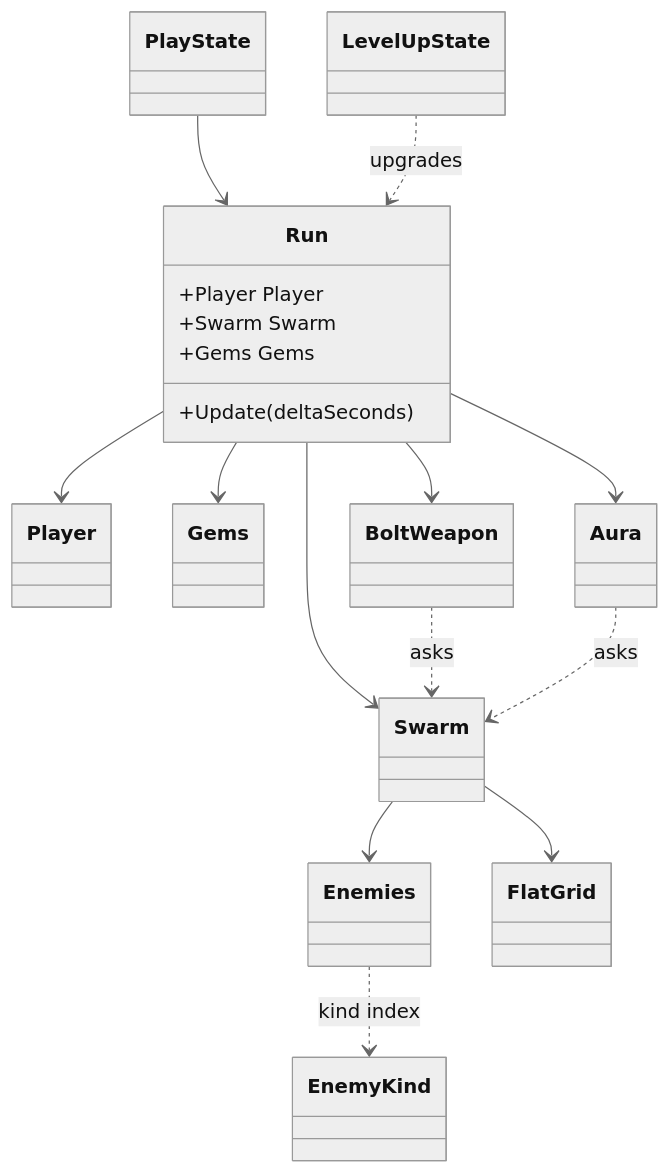
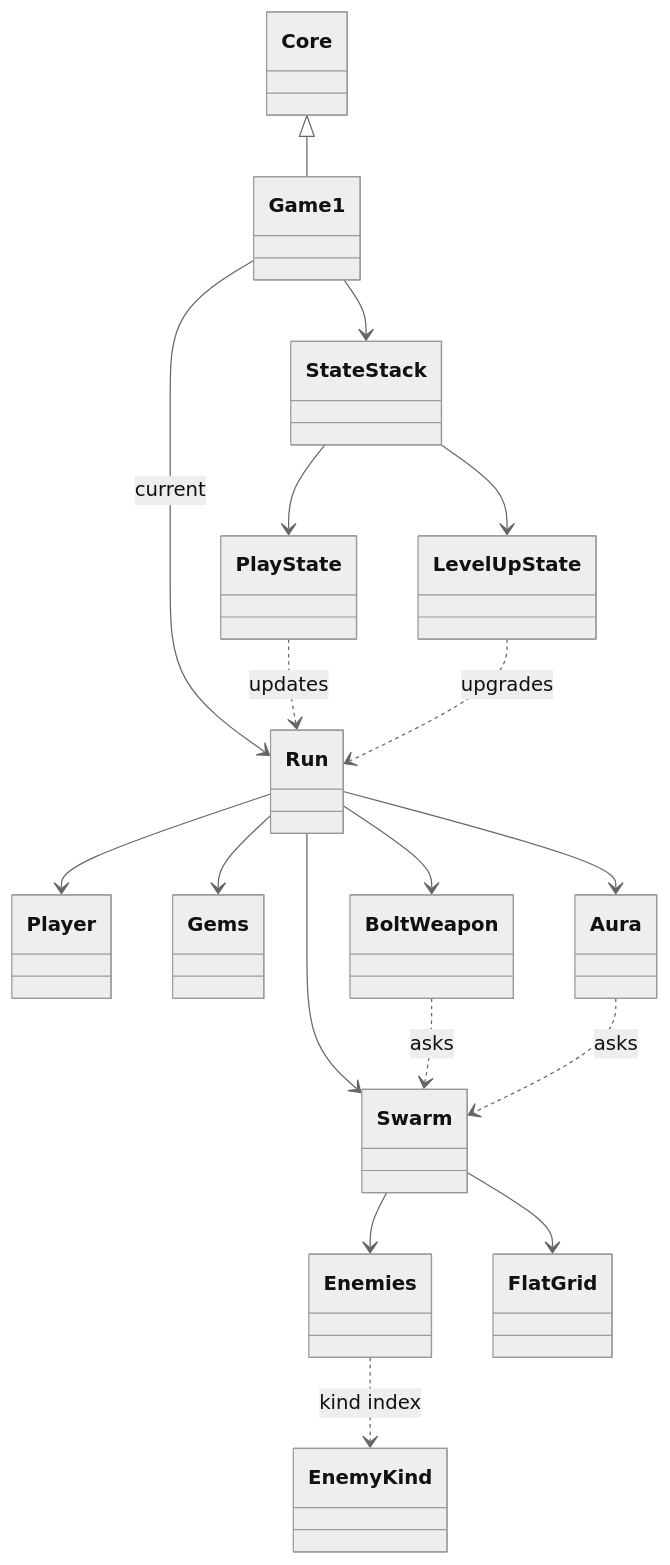
One commit to Metamate/gar changed the diagram in src/content/docs/sessions/12-vampire-survivors.md. Above: the diagram before and after it, drawn with Mermaid (neutral theme). The commit also changed 20 other files, not shown here.

First line of the commit message:
The Whole Game on pages and decks: one form for every diagram, and closing slides in every deck

````diff
--- a/src/content/docs/sessions/12-vampire-survivors.md
+++ b/src/content/docs/sessions/12-vampire-survivors.md
@@ -349,21 +349,20 @@
 ```mermaid
 classDiagram
-    class Run {
-        +Player Player
-        +Swarm Swarm
-        +Gems Gems
-        +Update(deltaSeconds)
-    }
+    Core <|-- Game1
+    Game1 --> StateStack
+    Game1 --> Run : current
+    StateStack --> PlayState
+    StateStack --> LevelUpState
+    PlayState ..> Run : updates
     Run --> Player
     Run --> Swarm
     Run --> Gems
     Run --> BoltWeapon
     Run --> Aura
     Swarm --> Enemies
     Swarm --> FlatGrid
     Enemies ..> EnemyKind : kind index
     BoltWeapon ..> Swarm : asks
     Aura ..> Swarm : asks
-    PlayState --> Run
     LevelUpState ..> Run : upgrades
 ```
````
